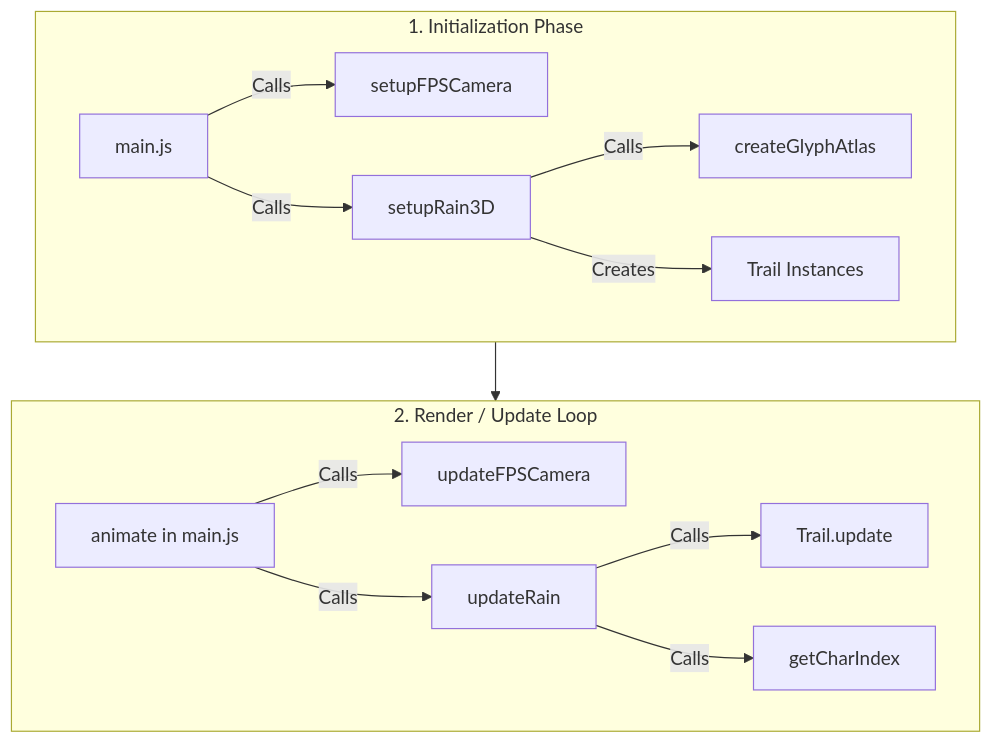
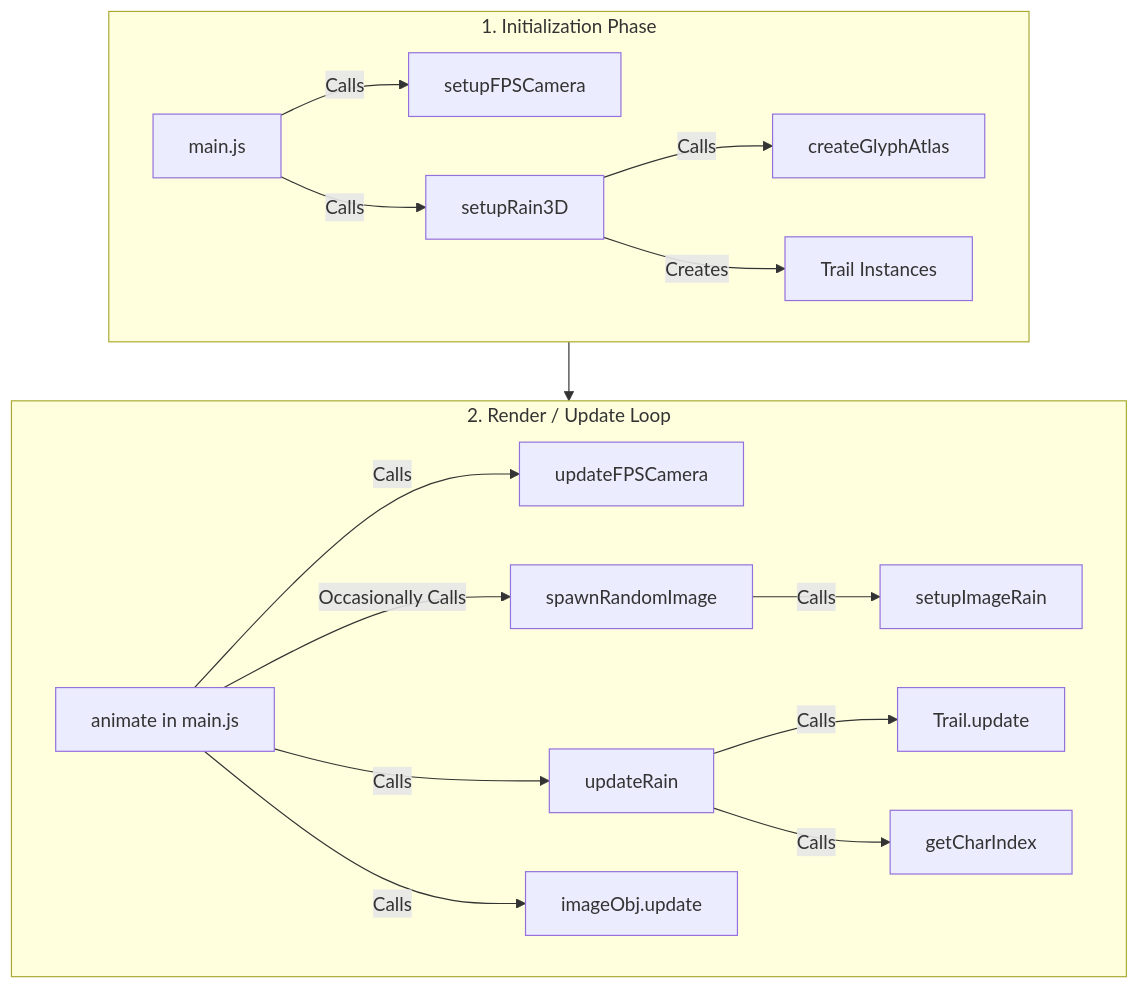
One commit to MorenoMdz/matrix-rain changed the diagram in README.md. Above: the diagram before and after it, drawn with Mermaid. The commit also changed other lines of this file and 3 other files, not shown here.

````diff
--- a/README.md
+++ b/README.md
@@ -71,18 +75,21 @@
 ```mermaid
 graph TD
     subgraph Initialization [1. Initialization Phase]
         M[main.js] -->|Calls| SFC[setupFPSCamera]
         M -->|Calls| SR[setupRain3D]
         SR -->|Calls| CGA[createGlyphAtlas]
         SR -->|Creates| T[Trail Instances]
     end
 
     subgraph GameLoop [2. Render / Update Loop]
         A[animate in main.js] -->|Calls| UFC[updateFPSCamera]
         A -->|Calls| UR[updateRain]
+        A -->|Occasionally Calls| spawnRandomImage
+        spawnRandomImage -->|Calls| SIR[setupImageRain]
+        A -->|Calls| ImageUpdate[imageObj.update]
         UR -->|Calls| TU[Trail.update]
         UR -->|Calls| GCI[getCharIndex]
     end
 
     Initialization --> GameLoop
 ```
````
